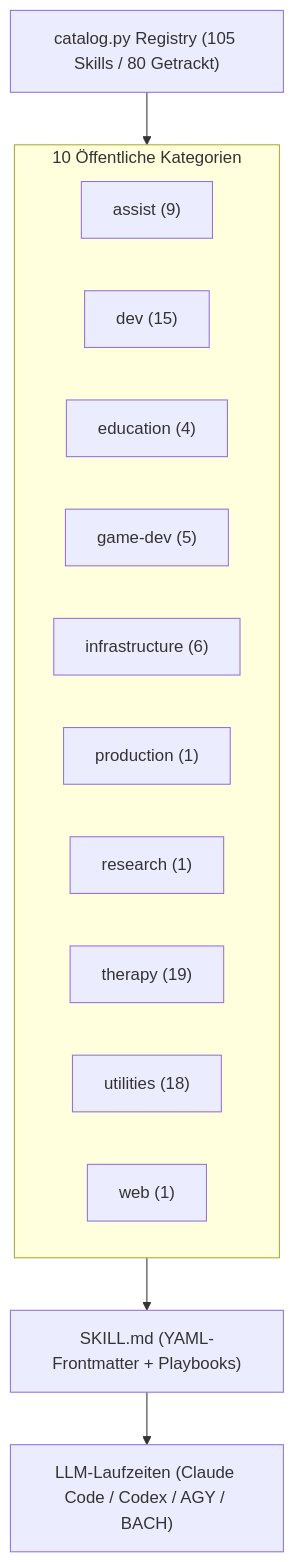
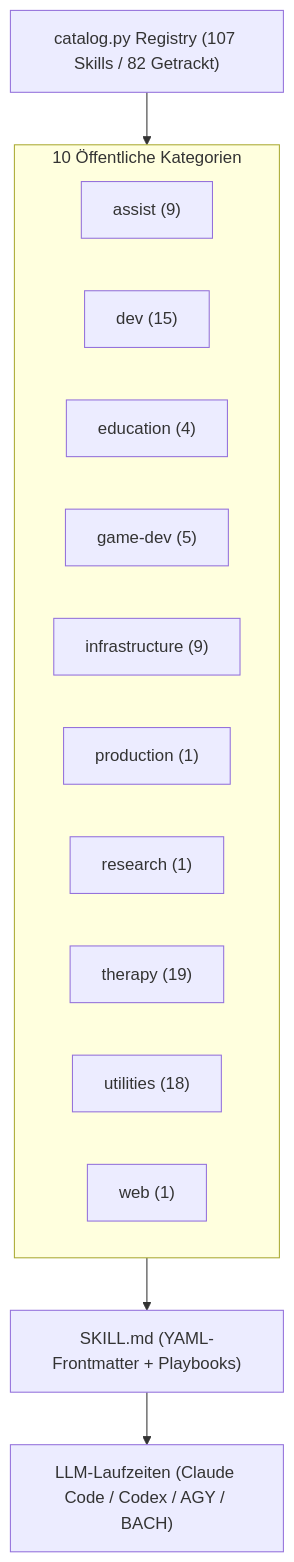
Before and after one commit to ellmos-ai/skills: the diagram in README_de.md, drawn with Mermaid. The commit also changed other lines of this file and 18 other files, not shown here.

````diff
--- a/README_de.md
+++ b/README_de.md
@@ -31,18 +31,18 @@
 ```mermaid
 flowchart TD
-    Catalog["catalog.py Registry (105 Skills / 80 Getrackt)"] --> Categories
+    Catalog["catalog.py Registry (107 Skills / 82 Getrackt)"] --> Categories
     subgraph Categories ["10 Öffentliche Kategorien"]
         Assist["assist (9)"]
         Dev["dev (15)"]
         Edu["education (4)"]
         Game["game-dev (5)"]
-        Infra["infrastructure (6)"]
+        Infra["infrastructure (9)"]
         Prod["production (1)"]
         Res["research (1)"]
         Therapy["therapy (19)"]
         Utils["utilities (18)"]
         Web["web (1)"]
     end
     Categories --> Specs["SKILL.md (YAML-Frontmatter + Playbooks)"]
     Specs --> Runtimes["LLM-Laufzeiten (Claude Code / Codex / AGY / BACH)"]
 ```
````
